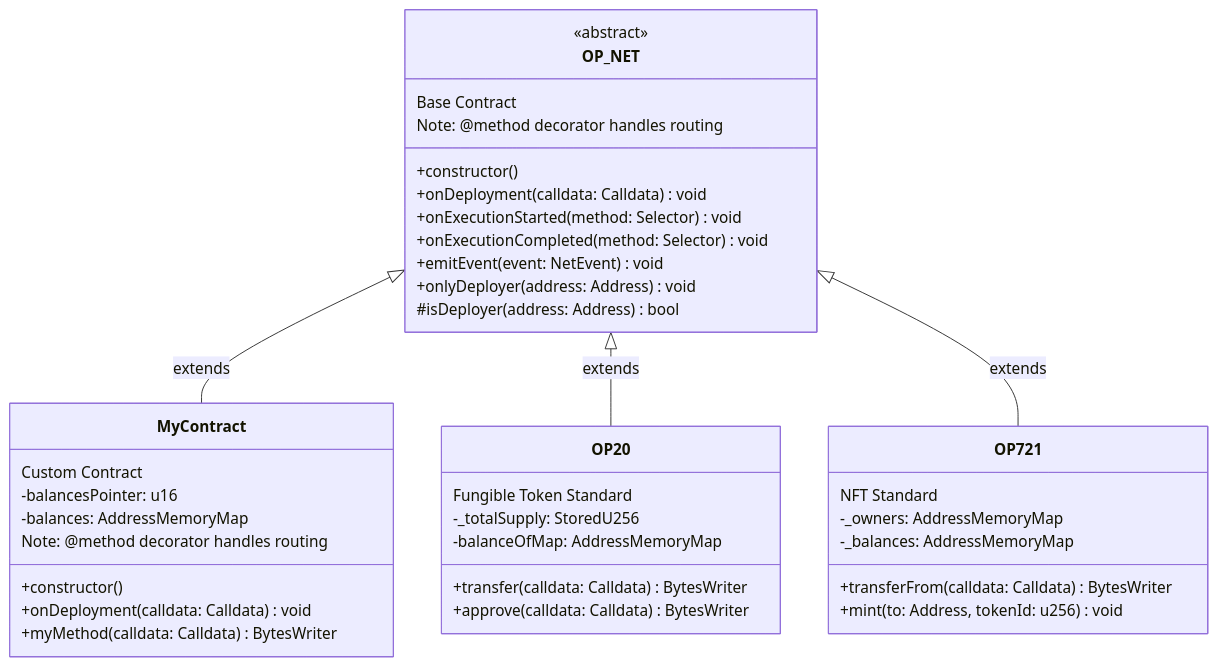
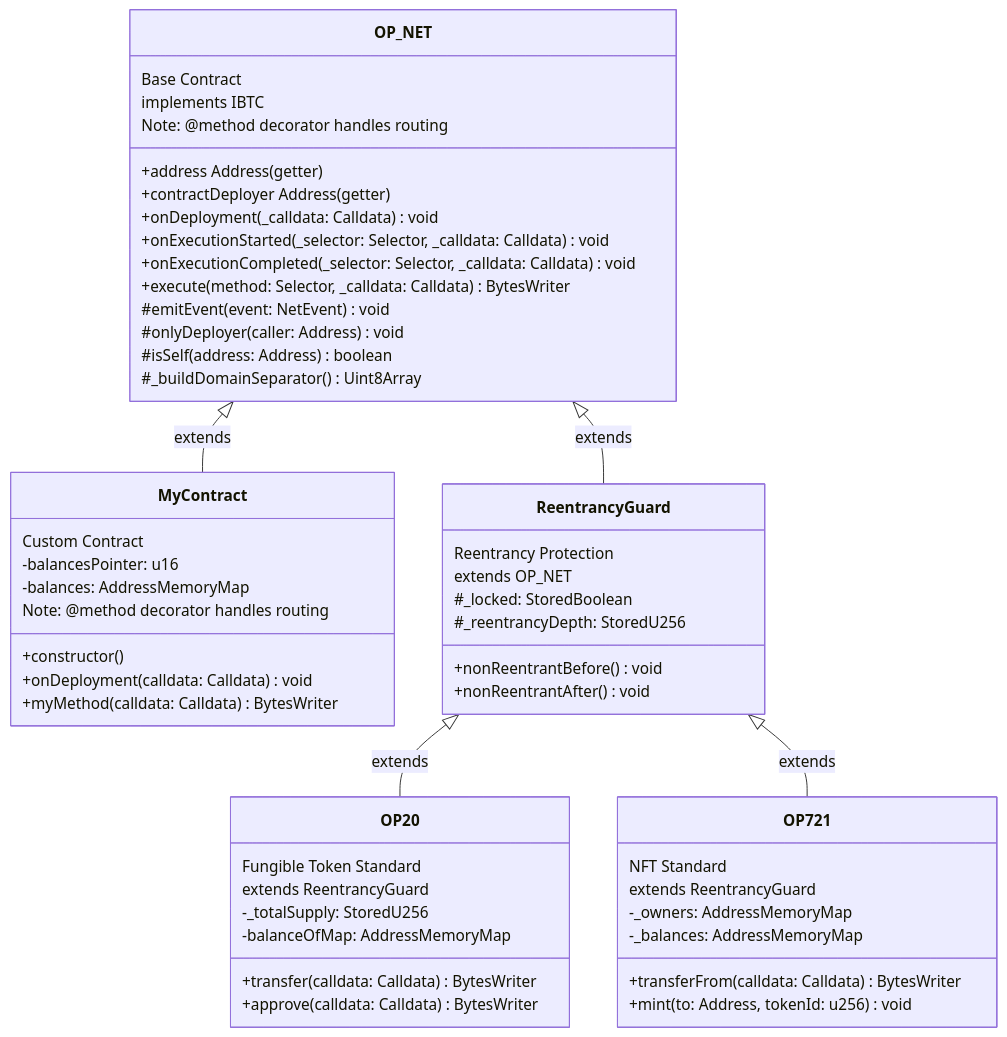
One commit to btc-vision/btc-runtime changed the first of 3 diagrams in docs/contracts/op-net-base.md. Above: the diagram before and after it, drawn with Mermaid. The commit also changed other lines of this file and 30 other files, not shown here.

````diff
--- a/docs/contracts/op-net-base.md
+++ b/docs/contracts/op-net-base.md
@@ -57,45 +57,60 @@
 ```mermaid
 classDiagram
     class OP_NET {
-        <<abstract>>
         Base Contract
-        +constructor()
-        +onDeployment(calldata: Calldata) void
-        +onExecutionStarted(method: Selector) void
-        +onExecutionCompleted(method: Selector) void
-        +emitEvent(event: NetEvent) void
-        +onlyDeployer(address: Address) void
-        #isDeployer(address: Address) bool
+        implements IBTC
+        +address Address (getter)
+        +contractDeployer Address (getter)
+        +onDeployment(_calldata: Calldata) void
+        +onExecutionStarted(_selector: Selector, _calldata: Calldata) void
+        +onExecutionCompleted(_selector: Selector, _calldata: Calldata) void
+        +execute(method: Selector, _calldata: Calldata) BytesWriter
+        #emitEvent(event: NetEvent) void
+        #onlyDeployer(caller: Address) void
+        #isSelf(address: Address) boolean
+        #_buildDomainSeparator() Uint8Array
         Note: @method decorator handles routing
     }
 
     class MyContract {
         Custom Contract
         -balancesPointer: u16
         -balances: AddressMemoryMap
         +constructor()
         +onDeployment(calldata: Calldata) void
         +myMethod(calldata: Calldata) BytesWriter
         Note: @method decorator handles routing
     }
 
+    class ReentrancyGuard {
+        Reentrancy Protection
+        extends OP_NET
+        #_locked: StoredBoolean
+        #_reentrancyDepth: StoredU256
+        +nonReentrantBefore() void
+        +nonReentrantAfter() void
+    }
+
     class OP20 {
         Fungible Token Standard
+        extends ReentrancyGuard
         -_totalSupply: StoredU256
         -balanceOfMap: AddressMemoryMap
         +transfer(calldata: Calldata) BytesWriter
         +approve(calldata: Calldata) BytesWriter
     }
 
     class OP721 {
         NFT Standard
+        extends ReentrancyGuard
         -_owners: AddressMemoryMap
         -_balances: AddressMemoryMap
         +transferFrom(calldata: Calldata) BytesWriter
         +mint(to: Address, tokenId: u256) void
     }
 
     OP_NET <|-- MyContract : extends
-    OP_NET <|-- OP20 : extends
-    OP_NET <|-- OP721 : extends
+    OP_NET <|-- ReentrancyGuard : extends
+    ReentrancyGuard <|-- OP20 : extends
+    ReentrancyGuard <|-- OP721 : extends
 ```
````
